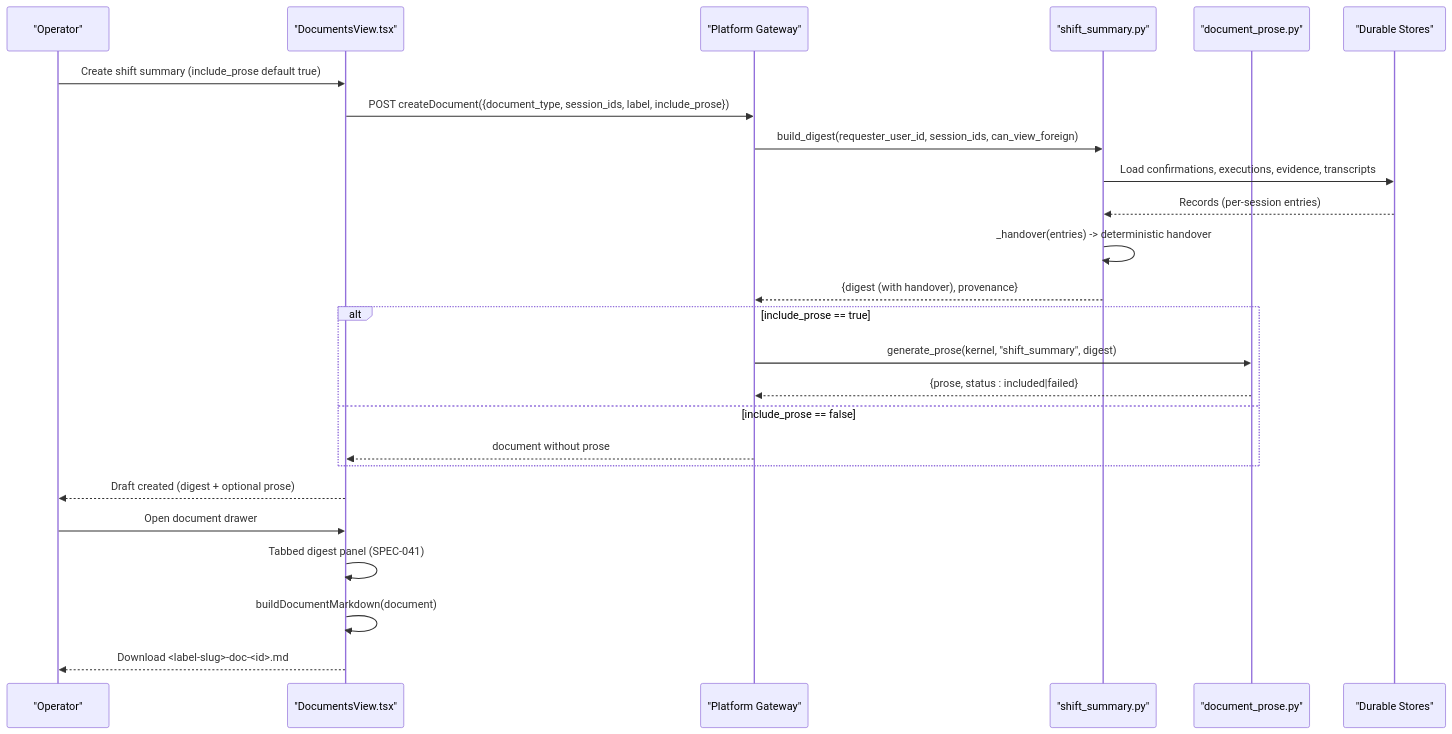
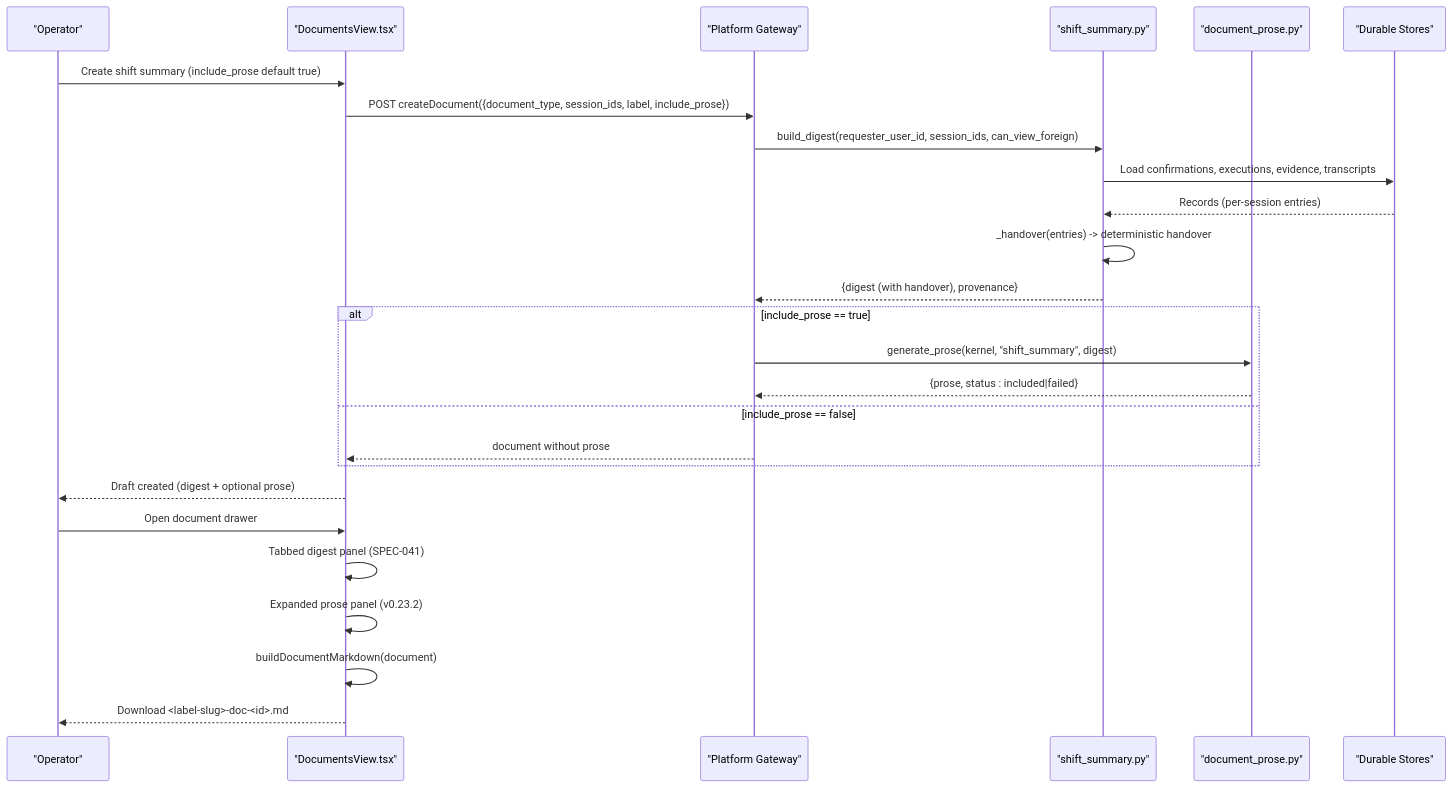
One commit to metasync/luban-aiops changed the second of 9 diagrams in .qoder/repowiki/en/content/Architecture Documentation/SPEC-040_ Shift-Summary Handover Narrative and Export.md. Above: the diagram before and after it, drawn with Mermaid. The commit also changed other lines of this file and 169 other files, not shown here.

````diff
--- a/.qoder/repowiki/en/content/Architecture Documentation/SPEC-040_ Shift-Summary Handover Narrative and Export.md
+++ b/.qoder/repowiki/en/content/Architecture Documentation/SPEC-040_ Shift-Summary Handover Narrative and Export.md
@@ -142,27 +154,28 @@
 ```mermaid
 sequenceDiagram
 participant User as "Operator"
 participant Portal as "DocumentsView.tsx"
 participant Gateway as "Platform Gateway"
 participant Agent as "shift_summary.py"
 participant Prose as "document_prose.py"
 participant Store as "Durable Stores"
 User->>Portal : Create shift summary (include_prose default true)
 Portal->>Gateway : POST createDocument({document_type, session_ids, label, include_prose})
 Gateway->>Agent : build_digest(requester_user_id, session_ids, can_view_foreign)
 Agent->>Store : Load confirmations, executions, evidence, transcripts
 Store-->>Agent : Records (per-session entries)
 Agent->>Agent : _handover(entries) -> deterministic handover
 Agent-->>Gateway : {digest (with handover), provenance}
 alt include_prose == true
 Gateway->>Prose : generate_prose(kernel, "shift_summary", digest)
 Prose-->>Gateway : {prose, status : included|failed}
 else include_prose == false
 Gateway-->>Portal : document without prose
 end
 Portal-->>User : Draft created (digest + optional prose)
 User->>Portal : Open document drawer
 Portal->>Portal : Tabbed digest panel (SPEC-041)
+Portal->>Portal : Expanded prose panel (v0.23.2)
 Portal->>Portal : buildDocumentMarkdown(document)
 Portal-->>User : Download <label-slug>-doc-<id>.md
 ```
````
